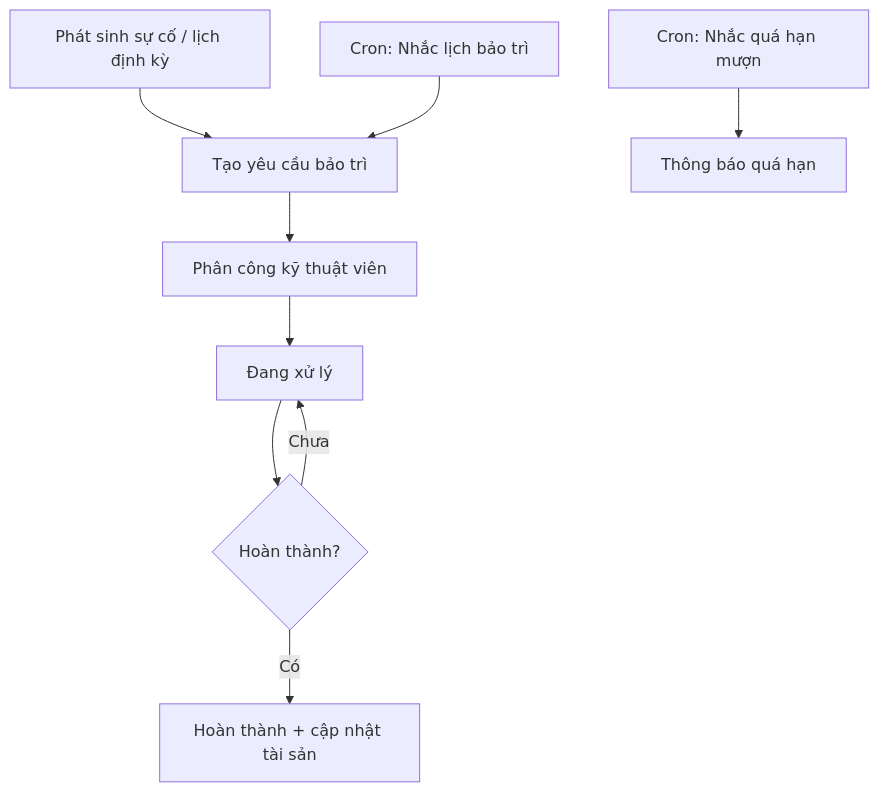
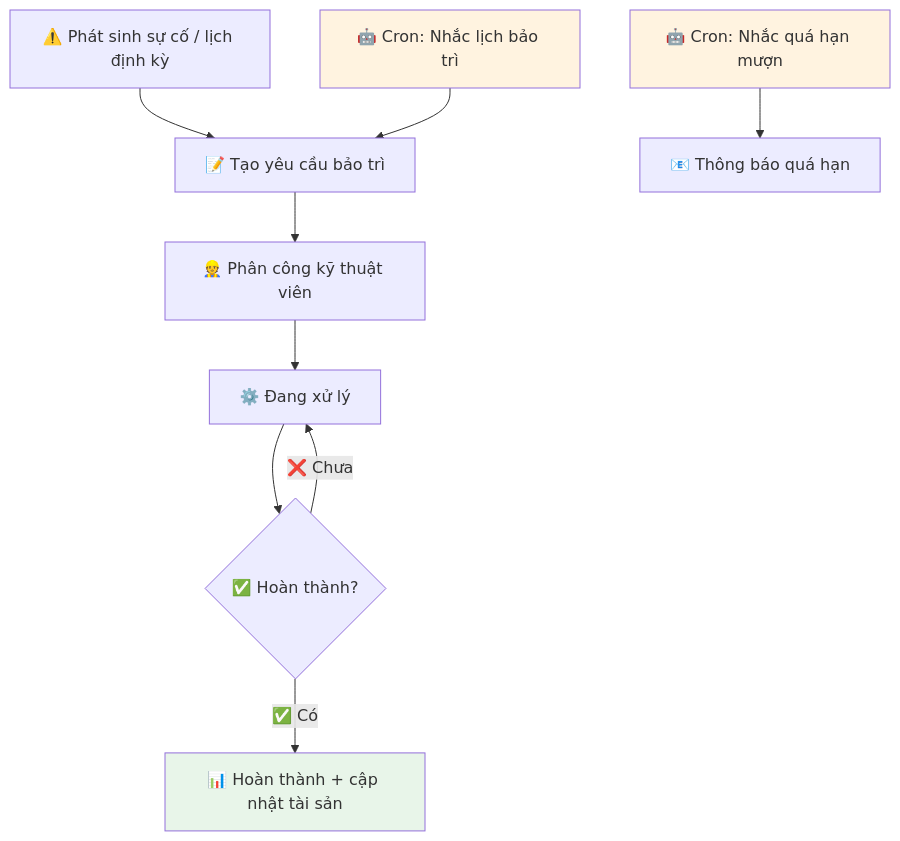
The fourth of 11 diagrams in README.md (lamngoctuu18/TTDN-16-01-N6), drawn with Mermaid before and after one commit. The commit also changed other lines of this file and 24 other files, not shown here.

````diff
--- a/README.md
+++ b/README.md
@@ -263,11 +432,15 @@
 ```mermaid
 flowchart TD
-    M[Phát sinh sự cố / lịch định kỳ] --> N[Tạo yêu cầu bảo trì]
-    N --> O[Phân công kỹ thuật viên]
-    O --> P[Đang xử lý]
-    P --> Q{Hoàn thành?}
-    Q -->|Chưa| P
-    Q -->|Có| R[Hoàn thành + cập nhật tài sản]
-    S[Cron: Nhắc lịch bảo trì] --> N
-    T[Cron: Nhắc quá hạn mượn] --> AG[Thông báo quá hạn]
+    M[⚠️ Phát sinh sự cố / lịch định kỳ] --> N[📝 Tạo yêu cầu bảo trì]
+    N --> O[👷 Phân công kỹ thuật viên]
+    O --> P[⚙️ Đang xử lý]
+    P --> Q{✅ Hoàn thành?}
+    Q -->|❌ Chưa| P
+    Q -->|✅ Có| R[📊 Hoàn thành + cập nhật tài sản]
+    S[🤖 Cron: Nhắc lịch bảo trì] --> N
+    T[🤖 Cron: Nhắc quá hạn mượn] --> AG[📧 Thông báo quá hạn]
+    
+    style S fill:#fff3e0
+    style T fill:#fff3e0
+    style R fill:#e8f5e9
 ```
````
